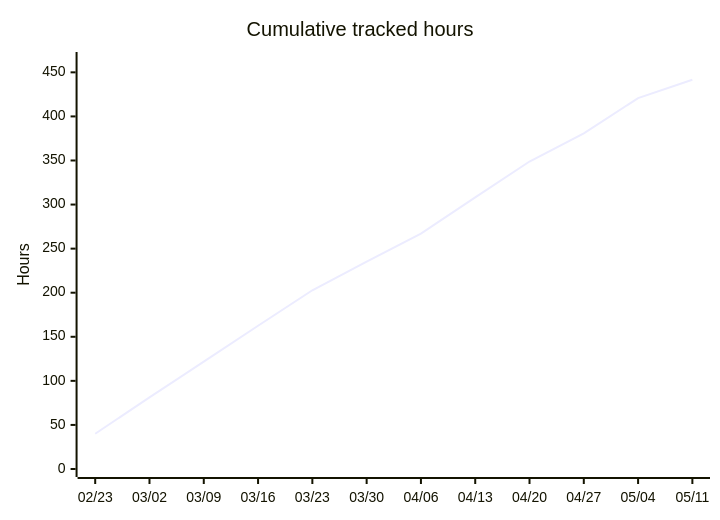
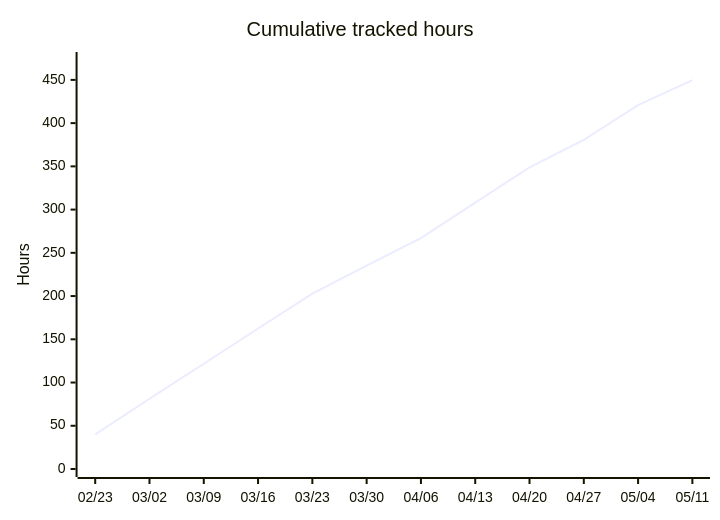
The fifth of 5 diagrams in README.org (albinforsberg-netizen/timeclock), drawn with Mermaid before and after one commit. The commit also changed other lines of this file, not shown here.

```diff
--- a/README.org
+++ b/README.org
@@ -121,7 +121,7 @@
 #+begin_src mermaid
 xychart-beta
     title "Cumulative tracked hours"
     x-axis ["02/23", "03/02", "03/09", "03/16", "03/23", "03/30", "04/06", "04/13", "04/20", "04/27", "05/04", "05/11"]
-    y-axis "Hours" 0 --> 464
-    line [40.00, 81.25, 121.75, 162.50, 202.75, 235.19, 267.03, 308.11, 348.83, 380.71, 420.81, 441.55]
+    y-axis "Hours" 0 --> 473
+    line [40.00, 81.25, 121.75, 162.50, 202.75, 235.19, 267.03, 308.11, 348.83, 380.71, 420.81, 449.66]
 #+end_src
```
